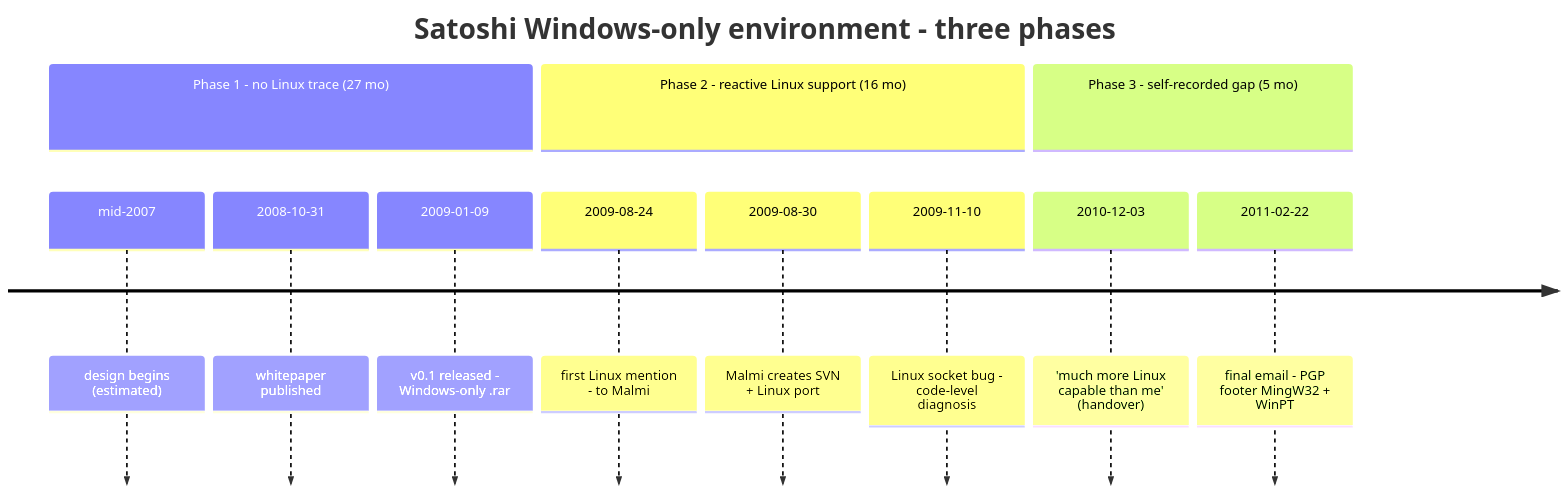
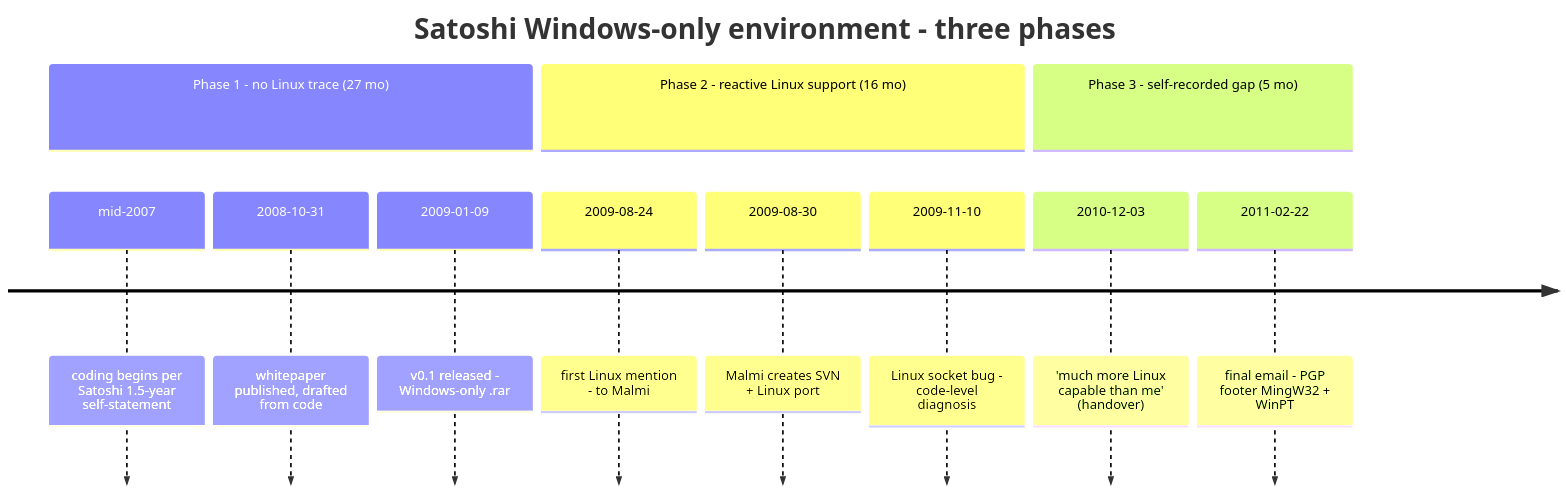
Before and after one commit to cypher256/BitcoinArchive: the diagram in src/data/entries/en/analysis/2009-01-09-satoshi-windows-development-environment.md, drawn with Mermaid. The commit also changed other lines of this file and 1 other file, not shown here.

````diff
--- a/src/data/entries/en/analysis/2009-01-09-satoshi-windows-development-environment.md
+++ b/src/data/entries/en/analysis/2009-01-09-satoshi-windows-development-environment.md
@@ -61,15 +61,15 @@
 ```mermaid
 timeline
     title Satoshi Windows-only environment - three phases
     section Phase 1 - no Linux trace (27 mo)
-        mid-2007 : design begins (estimated)
-        2008-10-31 : whitepaper published
+        mid-2007 : coding begins per Satoshi 1.5-year self-statement
+        2008-10-31 : whitepaper published, drafted from code
         2009-01-09 : v0.1 released - Windows-only .rar
     section Phase 2 - reactive Linux support (16 mo)
         2009-08-24 : first Linux mention - to Malmi
         2009-08-30 : Malmi creates SVN + Linux port
         2009-11-10 : Linux socket bug - code-level diagnosis
     section Phase 3 - self-recorded gap (5 mo)
         2010-12-03 : 'much more Linux capable than me' (handover)
         2011-02-22 : final email - PGP footer MingW32 + WinPT
 ```
````
